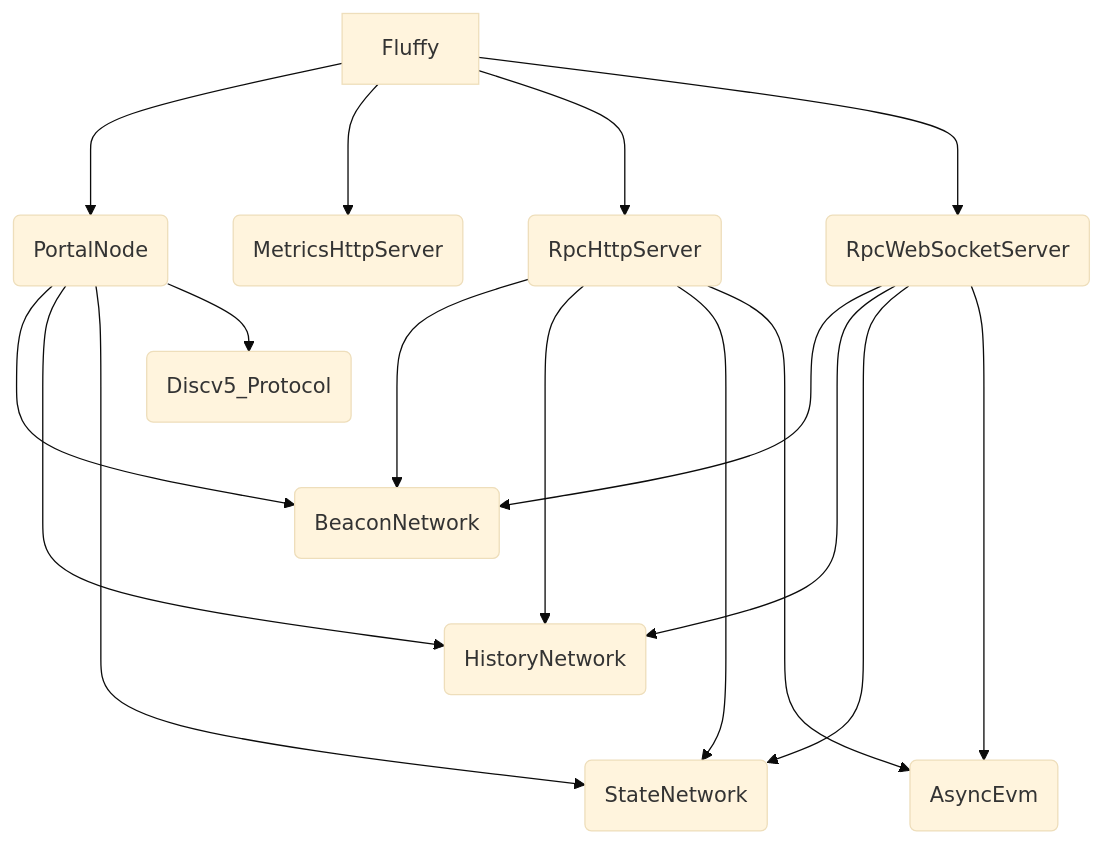
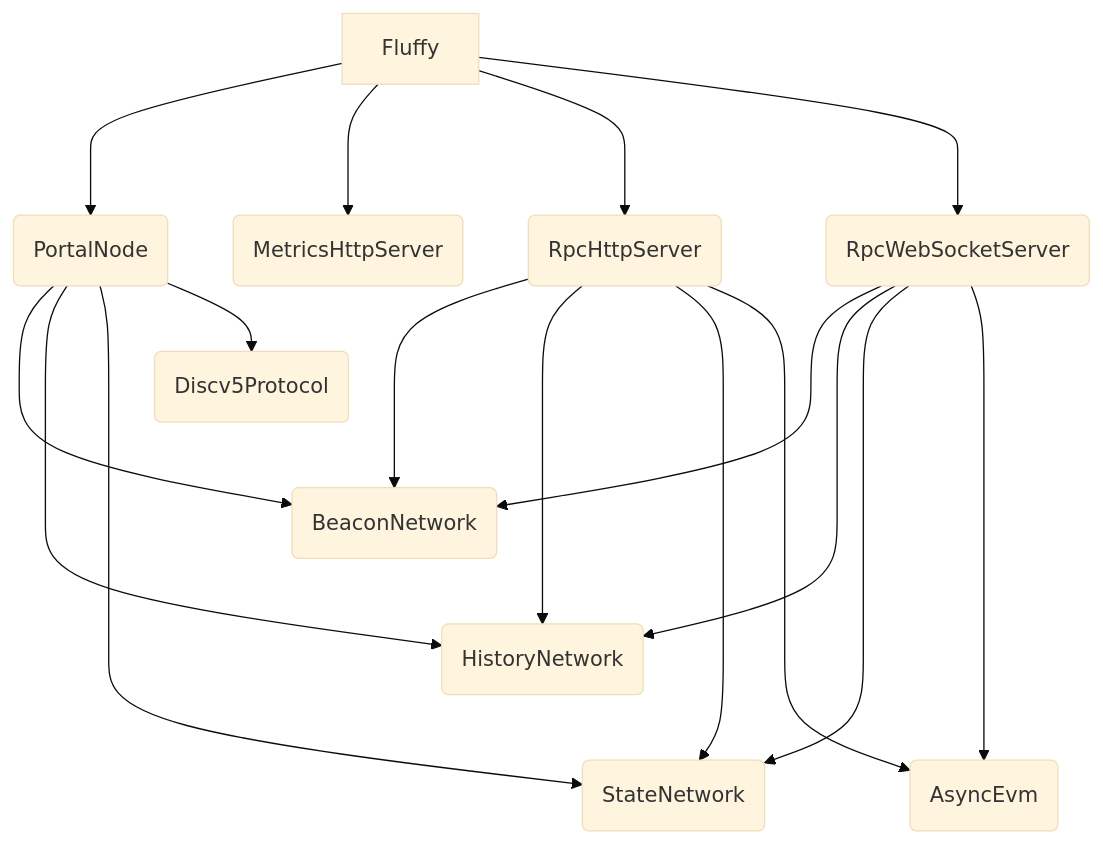
One commit to status-im/nimbus-eth1 changed the first of 3 diagrams in fluffy/docs/the_fluffy_book/docs/architecture.md. Above: the diagram before and after it, drawn with Mermaid (base theme). The commit also changed other lines of this file, not shown here.

Commit message:
Completed copy for architecture documentation.

````diff
--- a/fluffy/docs/the_fluffy_book/docs/architecture.md
+++ b/fluffy/docs/the_fluffy_book/docs/architecture.md
@@ -6,11 +9,11 @@
 ```mermaid
 
 graph TD;
     Fluffy ---> id2(PortalNode) & id5(MetricsHttpServer)
     Fluffy ---> id3(RpcHttpServer) & id4(RpcWebSocketServer)
     id3(RpcHttpServer) & id4(RpcWebSocketServer) & id2(PortalNode) ---> id7(BeaconNetwork)
     id3(RpcHttpServer) & id4(RpcWebSocketServer) & id2(PortalNode) ----> id8(HistoryNetwork)
     id3(RpcHttpServer) & id4(RpcWebSocketServer) & id2(PortalNode) -----> id9(StateNetwork)
     id3(RpcHttpServer) & id4(RpcWebSocketServer) -----> id6(AsyncEvm)
-    id2(PortalNode) --> id10(Discv5_Protocol)
+    id2(PortalNode) --> id10(Discv5Protocol)
 ```
````
